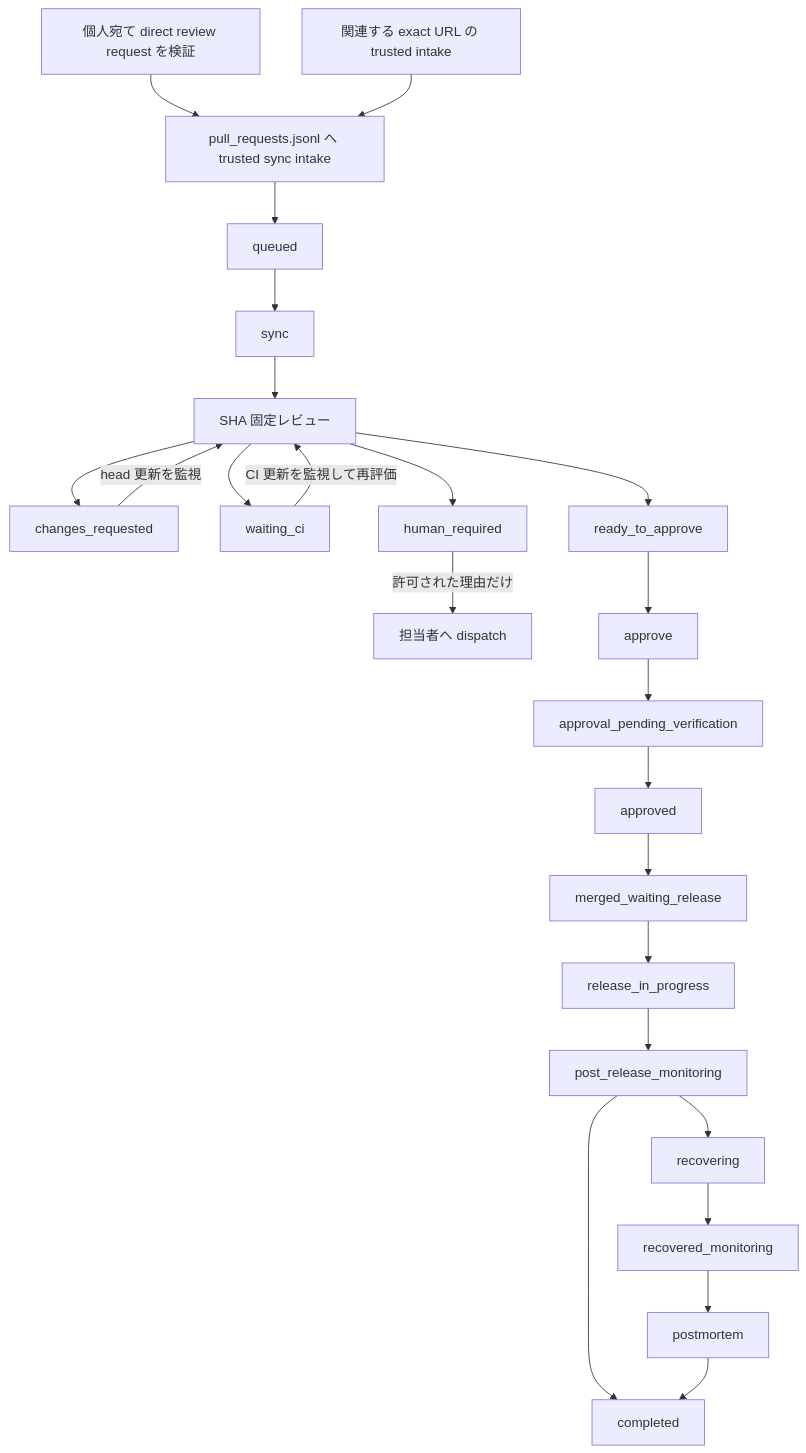
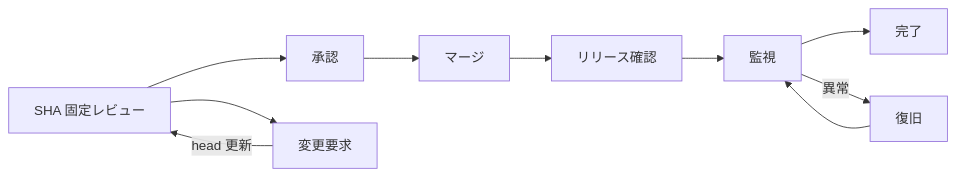
One commit to HikaruEgashira/ledger changed the second of 2 diagrams in README.md. Above: the diagram before and after it, drawn with Mermaid. The commit also changed other lines of this file and 5 other files, not shown here.

Commit message:
Rewrite README around intent and flow, with demo-data screenshots

````diff
--- a/README.md
+++ b/README.md
@@ -42,13 +38,6 @@
 ```mermaid
-flowchart TD
-  direct["個人宛て direct review request を検証"] --> ledger["pull_requests.jsonl へ trusted sync intake"]
-  exact["関連する exact URL の trusted intake"] --> ledger
-  ledger --> queued --> sync --> review["SHA 固定レビュー"]
-  review --> cr[changes_requested] -->|head 更新を監視| review
-  review --> ci[waiting_ci] -->|CI 更新を監視して再評価| review
-  review --> human[human_required] -->|許可された理由だけ| dispatch["担当者へ dispatch"]
-  review --> rta[ready_to_approve] --> approve --> apv[approval_pending_verification] --> approved
-  approved --> mwr[merged_waiting_release] --> rip[release_in_progress] --> prm[post_release_monitoring]
-  prm --> completed
-  prm --> recovering --> rm[recovered_monitoring] --> postmortem --> completed
+flowchart LR
+  review["SHA 固定レビュー"] --> approve["承認"] --> merge["マージ"] --> release["リリース確認"] --> monitor["監視"] --> completed["完了"]
+  review --> changes["変更要求"] -->|head 更新| review
+  monitor -->|異常| recover["復旧"] --> monitor
 ```
````
